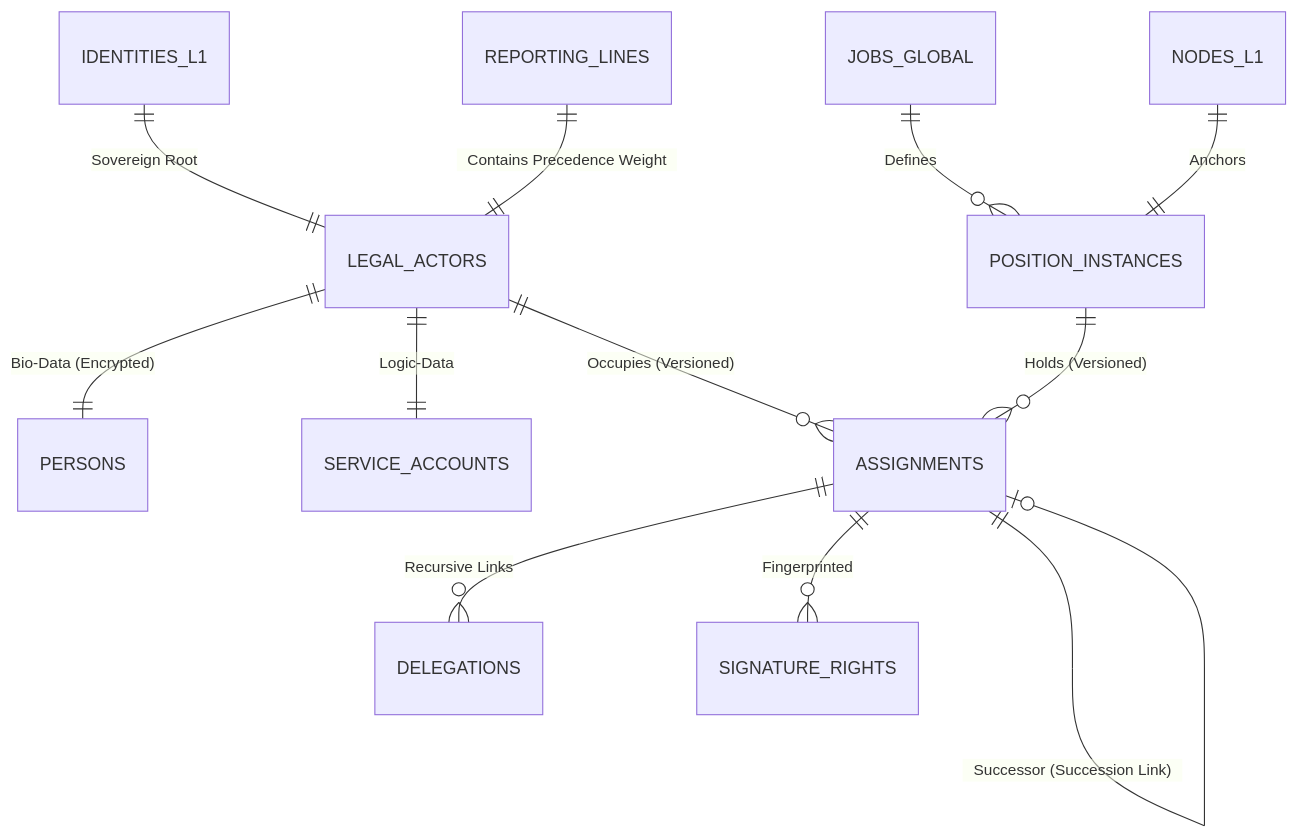
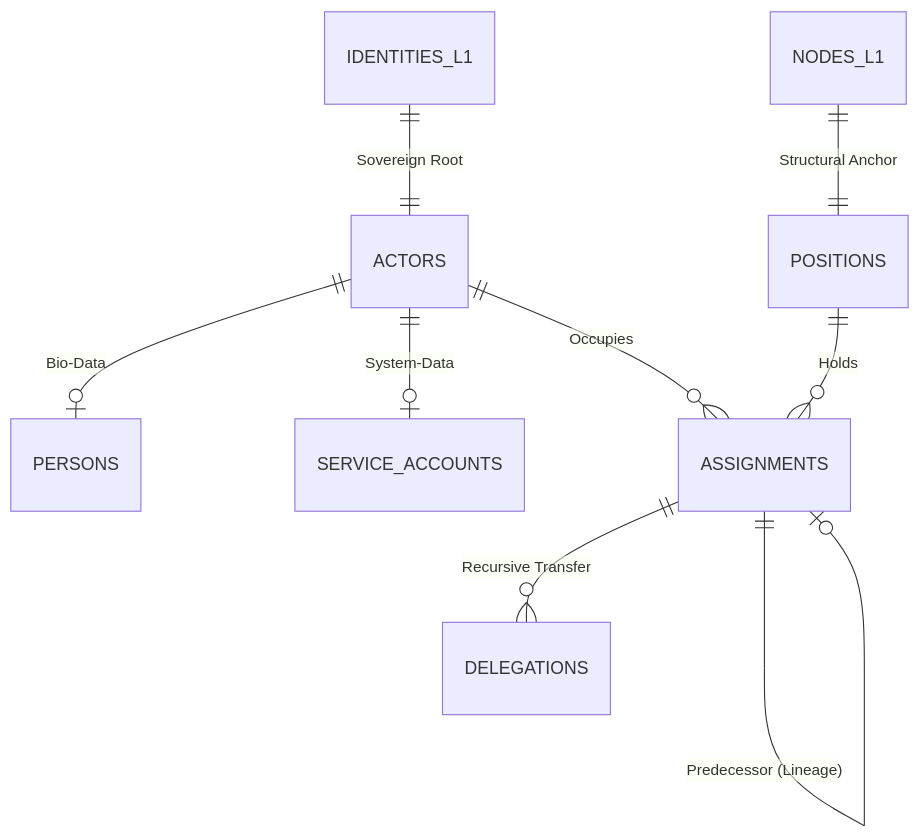
The diagram in src/v4/docs/l2/ER_DIAGRAM.md (mohamedriyad1408/MJRH-INDUSTRIAL-REVOLUTION), drawn with Mermaid before and after one commit. The commit also changed other lines of this file and 2 other files, not shown here.

Commit message:
fix(l2): achieve absolute architectural cohesion v4.2 - unified actor model and lineage integrity

````diff
--- a/src/v4/docs/l2/ER_DIAGRAM.md
+++ b/src/v4/docs/l2/ER_DIAGRAM.md
@@ -3,18 +3,14 @@
 ```mermaid
 erDiagram
-    IDENTITIES_L1 ||--|| LEGAL_ACTORS : "Sovereign Root"
-    LEGAL_ACTORS ||--|| PERSONS : "Bio-Data (Encrypted)"
-    LEGAL_ACTORS ||--|| SERVICE_ACCOUNTS : "Logic-Data"
+    IDENTITIES_L1 ||--|| ACTORS : "Sovereign Root"
+    ACTORS ||--o| PERSONS : "Bio-Data"
+    ACTORS ||--o| SERVICE_ACCOUNTS : "System-Data"
     
-    JOBS_GLOBAL ||--o{ POSITION_INSTANCES : "Defines"
-    NODES_L1 ||--|| POSITION_INSTANCES : "Anchors"
+    NODES_L1 ||--|| POSITIONS : "Structural Anchor"
     
-    LEGAL_ACTORS ||--o{ ASSIGNMENTS : "Occupies (Versioned)"
-    POSITION_INSTANCES ||--o{ ASSIGNMENTS : "Holds (Versioned)"
+    ACTORS ||--o{ ASSIGNMENTS : "Occupies"
+    POSITIONS ||--o{ ASSIGNMENTS : "Holds"
     
-    ASSIGNMENTS ||--o{ DELEGATIONS : "Recursive Links"
-    ASSIGNMENTS ||--o{ SIGNATURE_RIGHTS : "Fingerprinted"
-    
-    ASSIGNMENTS ||--o| ASSIGNMENTS : "Successor (Succession Link)"
-    REPORTING_LINES ||--|| LEGAL_ACTORS : "Contains Precedence Weight"
+    ASSIGNMENTS ||--o| ASSIGNMENTS : "Predecessor (Lineage)"
+    ASSIGNMENTS ||--o{ DELEGATIONS : "Recursive Transfer"
 ```
````
